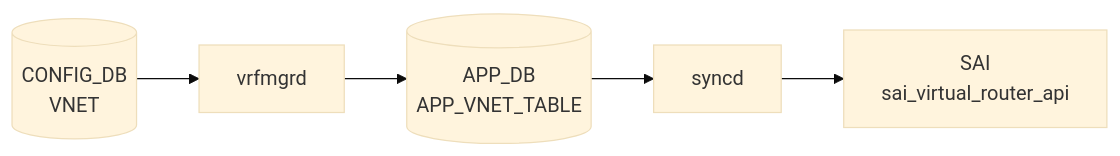
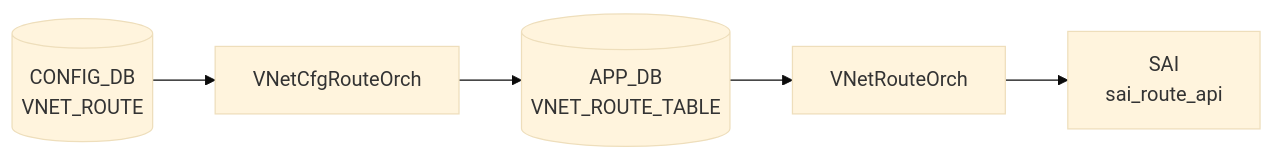
One commit to aoki-taquan/sonic-unofficial-docs changed the diagram in docs/reference/config-db/vnet-route.md. Above: the diagram before and after it, drawn with Mermaid (base theme). The commit also changed 3 other files, not shown here.

First line of the commit message:
review(batch-121): fix typo, mermaid diagrams, and vnet title/cross-ref

````diff
--- a/docs/reference/config-db/vnet-route.md
+++ b/docs/reference/config-db/vnet-route.md
@@ -45,12 +45,12 @@
 ```mermaid
 flowchart LR
-  CDB[("CONFIG_DB<br/>VNET")]
-  DM["vrfmgrd"]
+  CDB[("CONFIG_DB<br/>VNET_ROUTE")]
+  DM["VNetCfgRouteOrch"]
   CDB --> DM
-  APPDB[("APP_DB<br/>APP_VNET_TABLE")]
+  APPDB[("APP_DB<br/>VNET_ROUTE_TABLE")]
   DM --> APPDB
-  SYNCD["syncd"]
-  APPDB --> SYNCD
-  SAI["SAI<br/>sai_virtual_router_api"]
-  SYNCD --> SAI
+  ORCH["VNetRouteOrch"]
+  APPDB --> ORCH
+  SAI["SAI<br/>sai_route_api"]
+  ORCH --> SAI
 ```
````
